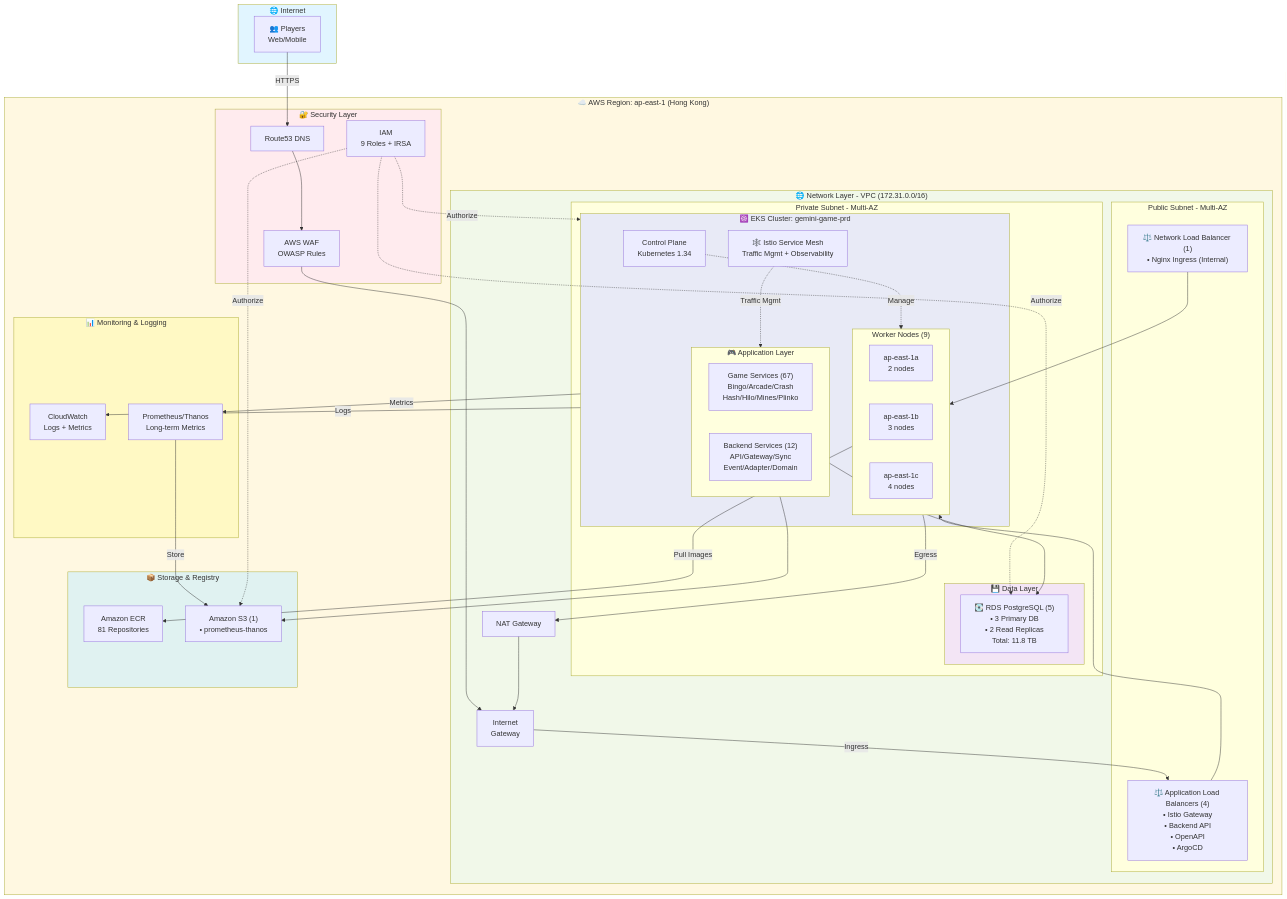
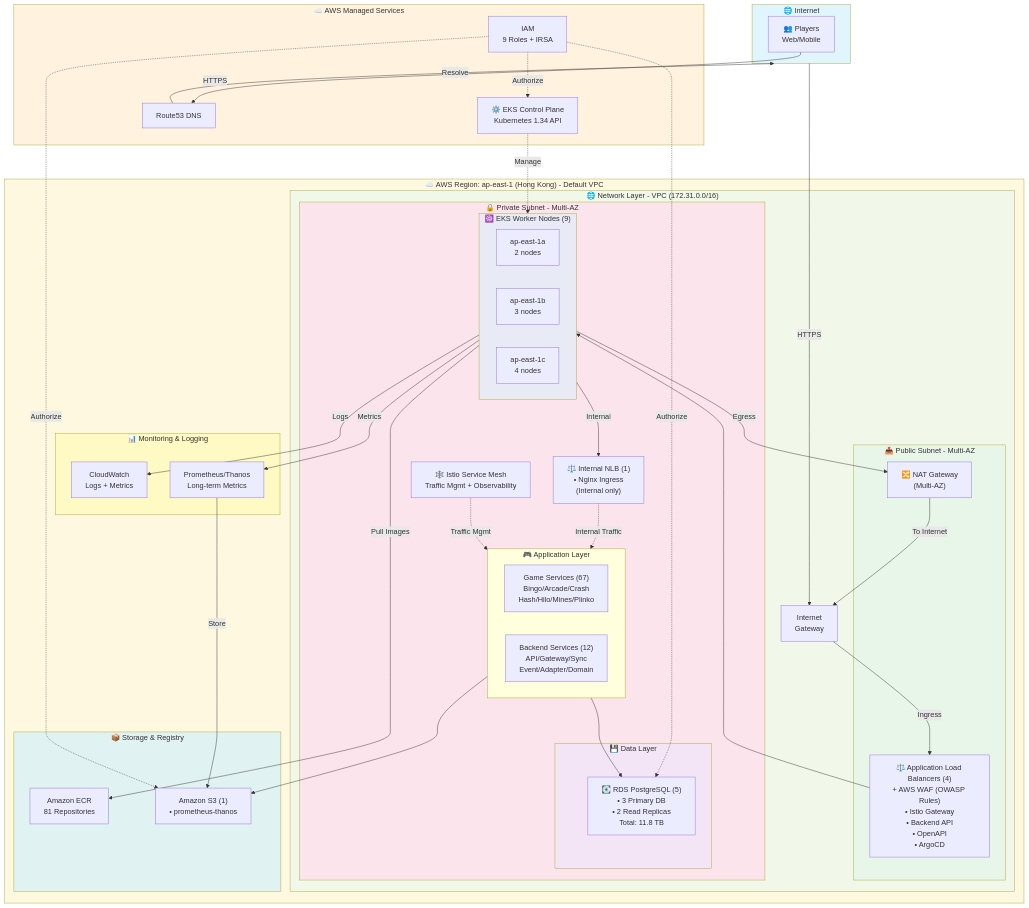
The first of 3 diagrams in docs/AWS_PRODUCTION_ARCHITECTURE.md (lonelyhsu88/aws-eks), drawn with Mermaid before and after one commit. The commit also changed other lines of this file, not shown here.

First paragraph of the commit message:
docs(aws-eks): fix architecture logical errors - NLB placement and AWS managed services
Correct multiple architectural logic errors identified during AWS Solutions
Architect review to align with AWS networking best practices and actual
infrastructure configuration.

```diff
--- a/docs/AWS_PRODUCTION_ARCHITECTURE.md
+++ b/docs/AWS_PRODUCTION_ARCHITECTURE.md
@@ -29,47 +29,43 @@
         Users["👥 Players<br/>Web/Mobile"]
     end
 
-    subgraph AWS["☁️ AWS Region: ap-east-1 (Hong Kong)"]
+    subgraph AWSManaged["☁️ AWS Managed Services"]
+        ControlPlane["⚙️ EKS Control Plane<br/>Kubernetes 1.34 API"]
+        DNS["Route53 DNS"]
+        IAM["IAM<br/>9 Roles + IRSA"]
+    end
 
-        subgraph Security["🔐 Security Layer"]
-            DNS["Route53 DNS"]
-            WAF["AWS WAF<br/>OWASP Rules"]
-            IAM["IAM<br/>9 Roles + IRSA"]
-        end
+    subgraph AWS["☁️ AWS Region: ap-east-1 (Hong Kong) - Default VPC"]
 
         subgraph Network["🌐 Network Layer - VPC (172.31.0.0/16)"]
             IGW["Internet<br/>Gateway"]
 
-            subgraph PublicSubnet["Public Subnet - Multi-AZ"]
-                ALB["⚖️ Application Load Balancers (4)<br/>• Istio Gateway<br/>• Backend API<br/>• OpenAPI<br/>• ArgoCD"]
-                NLB["⚖️ Network Load Balancer (1)<br/>• Nginx Ingress (Internal)"]
+            subgraph PublicSubnet["📤 Public Subnet - Multi-AZ"]
+                ALB["⚖️ Application Load Balancers (4)<br/>+ AWS WAF (OWASP Rules)<br/>• Istio Gateway<br/>• Backend API<br/>• OpenAPI<br/>• ArgoCD"]
+                NAT["🔀 NAT Gateway<br/>(Multi-AZ)"]
             end
 
-            subgraph PrivateSubnet["Private Subnet - Multi-AZ"]
+            subgraph PrivateSubnet["🔒 Private Subnet - Multi-AZ"]
 
-                subgraph EKS["☸️ EKS Cluster: gemini-game-prd"]
-                    ControlPlane["Control Plane<br/>Kubernetes 1.34"]
+                subgraph Nodes["☸️ EKS Worker Nodes (9)"]
+                    AZ1["ap-east-1a<br/>2 nodes"]
+                    AZ2["ap-east-1b<br/>3 nodes"]
+                    AZ3["ap-east-1c<br/>4 nodes"]
+                end
 
-                    subgraph Nodes["Worker Nodes (9)"]
-                        AZ1["ap-east-1a<br/>2 nodes"]
-                        AZ2["ap-east-1b<br/>3 nodes"]
-                        AZ3["ap-east-1c<br/>4 nodes"]
-                    end
+                NLB["⚖️ Internal NLB (1)<br/>• Nginx Ingress<br/>(Internal only)"]
 
-                    subgraph Apps["🎮 Application Layer"]
-                        Games["Game Services (67)<br/>Bingo/Arcade/Crash<br/>Hash/Hilo/Mines/Plinko"]
-                        Backend["Backend Services (12)<br/>API/Gateway/Sync<br/>Event/Adapter/Domain"]
-                    end
+                subgraph Apps["🎮 Application Layer"]
+                    Games["Game Services (67)<br/>Bingo/Arcade/Crash<br/>Hash/Hilo/Mines/Plinko"]
+                    Backend["Backend Services (12)<br/>API/Gateway/Sync<br/>Event/Adapter/Domain"]
+                end
 
-                    ServiceMesh["🕸️ Istio Service Mesh<br/>Traffic Mgmt + Observability"]
-                end
+                ServiceMesh["🕸️ Istio Service Mesh<br/>Traffic Mgmt + Observability"]
 
                 subgraph Data["💾 Data Layer"]
                     RDS["💽 RDS PostgreSQL (5)<br/>• 3 Primary DB<br/>• 2 Read Replicas<br/>Total: 11.8 TB"]
                 end
             end
-
-            NAT["NAT Gateway"]
         end
 
         subgraph Storage["📦 Storage & Registry"]
@@ -84,11 +80,13 @@
     end
 
     Users -->|HTTPS| DNS
-    DNS --> WAF
-    WAF --> IGW
+    DNS -->|Resolve| Internet
+    Internet -->|HTTPS| IGW
     IGW -->|Ingress| ALB
     ALB --> Nodes
-    NLB --> Nodes
+
+    Nodes -->|Internal| NLB
+    NLB -.Internal Traffic.-> Apps
 
     ControlPlane -.Manage.-> Nodes
     ServiceMesh -.Traffic Mgmt.-> Apps
@@ -97,21 +95,23 @@
     Nodes -->|Pull Images| ECR
 
     Nodes -->|Egress| NAT
-    NAT --> IGW
+    NAT -->|To Internet| IGW
 
-    EKS -->|Logs| CloudWatch
-    EKS -->|Metrics| Prometheus
+    Nodes -->|Logs| CloudWatch
+    Nodes -->|Metrics| Prometheus
     Prometheus -->|Store| S3
 
-    IAM -.Authorize.-> EKS
+    IAM -.Authorize.-> ControlPlane
     IAM -.Authorize.-> RDS
     IAM -.Authorize.-> S3
 
     style Internet fill:#e1f5ff
+    style AWSManaged fill:#fff3e0
     style AWS fill:#fff8e1
-    style Security fill:#ffebee
     style Network fill:#f1f8e9
-    style EKS fill:#e8eaf6
+    style PublicSubnet fill:#e8f5e9
+    style PrivateSubnet fill:#fce4ec
+    style Nodes fill:#e8eaf6
     style Data fill:#f3e5f5
     style Storage fill:#e0f2f1
     style Monitoring fill:#fff9c4
```
